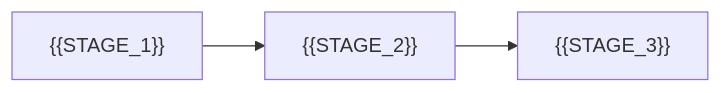
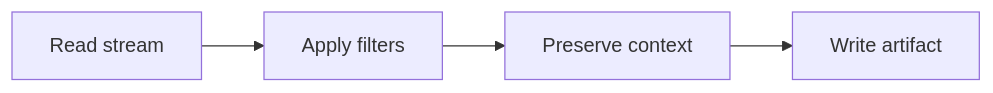
The diagram in skills/readme-design/assets/templates/styles/10-minimal-technical.md (3873225350/README-Design-Skill), drawn with Mermaid before and after one commit. The commit also changed other lines of this file and 14 other files, not shown here.

````diff
--- a/skills/readme-design/assets/templates/styles/10-minimal-technical.md
+++ b/skills/readme-design/assets/templates/styles/10-minimal-technical.md
@@ -41,5 +44,6 @@
 ```mermaid
 flowchart LR
-    A["{{STAGE_1}}"] --> B["{{STAGE_2}}"]
-    B --> C["{{STAGE_3}}"]
+    A["Read stream"] --> B["Apply filters"]
+    B --> C["Preserve context"]
+    C --> D["Write artifact"]
 ```
````
